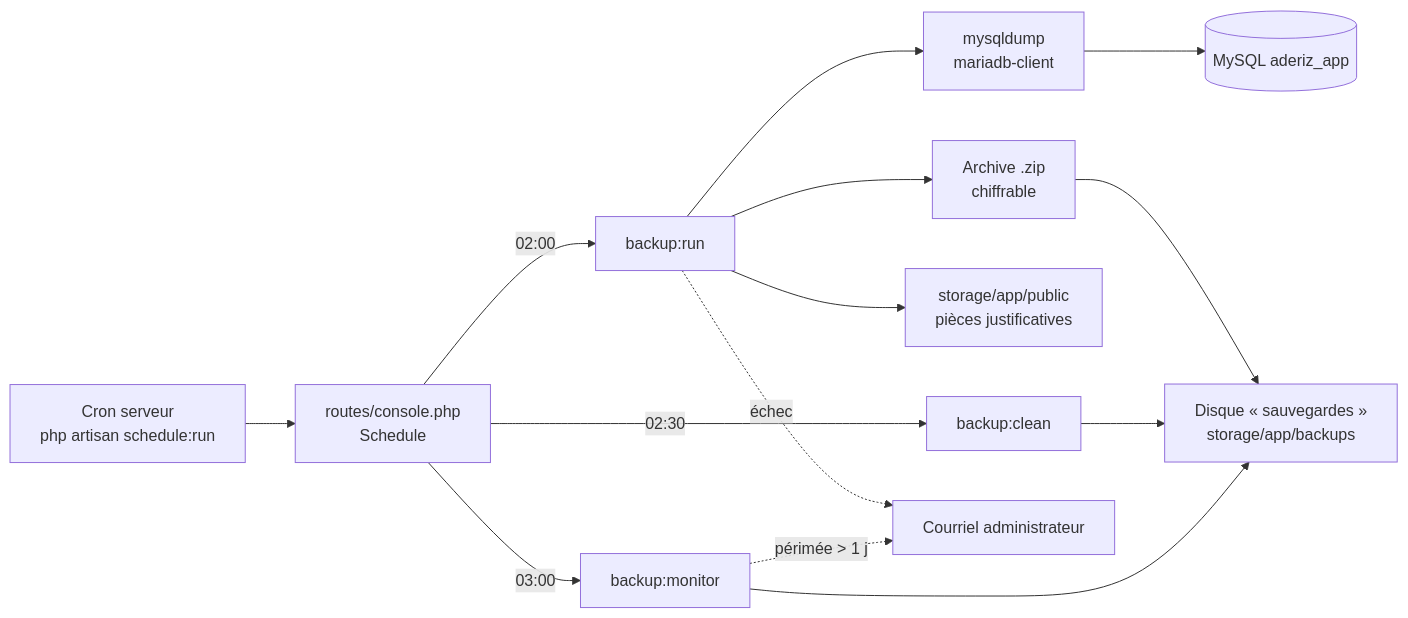
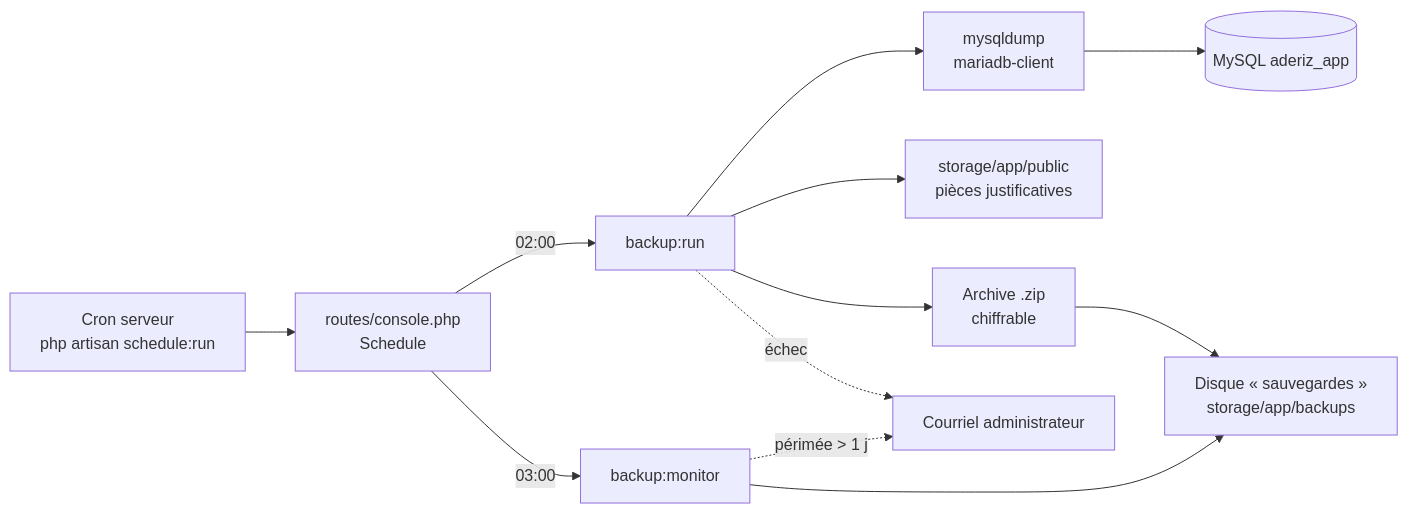
One commit to marasse-codec/ORYZAPP changed the first of 6 diagrams in docs/sauvegarde-et-brouillon.md. Above: the diagram before and after it, drawn with Mermaid. The commit also changed other lines of this file and 46 other files, not shown here.

````diff
--- a/docs/sauvegarde-et-brouillon.md
+++ b/docs/sauvegarde-et-brouillon.md
@@ -8,16 +8,14 @@
 ```mermaid
 flowchart LR
     CRON[Cron serveur<br/>php artisan schedule:run] --> SCH[routes/console.php<br/>Schedule]
     SCH -->|02:00| RUN[backup:run]
-    SCH -->|02:30| CLEAN[backup:clean]
     SCH -->|03:00| MON[backup:monitor]
     RUN --> DUMP[mysqldump<br/>mariadb-client]
     DUMP --> DB[(MySQL aderiz_app)]
     RUN --> PJ[storage/app/public<br/>pièces justificatives]
     RUN --> ZIP[Archive .zip<br/>chiffrable]
     ZIP --> DISK[Disque « sauvegardes »<br/>storage/app/backups]
-    CLEAN --> DISK
     MON --> DISK
     RUN -. échec .-> MAIL[Courriel administrateur]
     MON -. périmée > 1 j .-> MAIL
 ```
````
